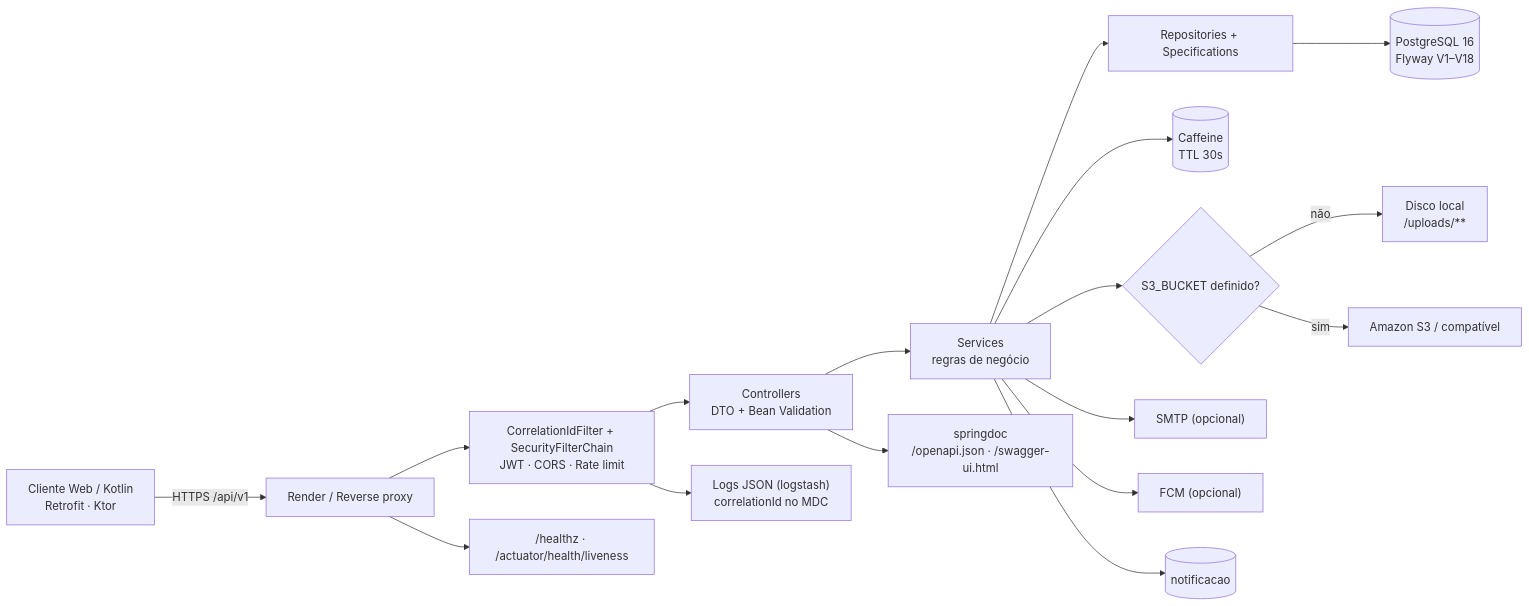
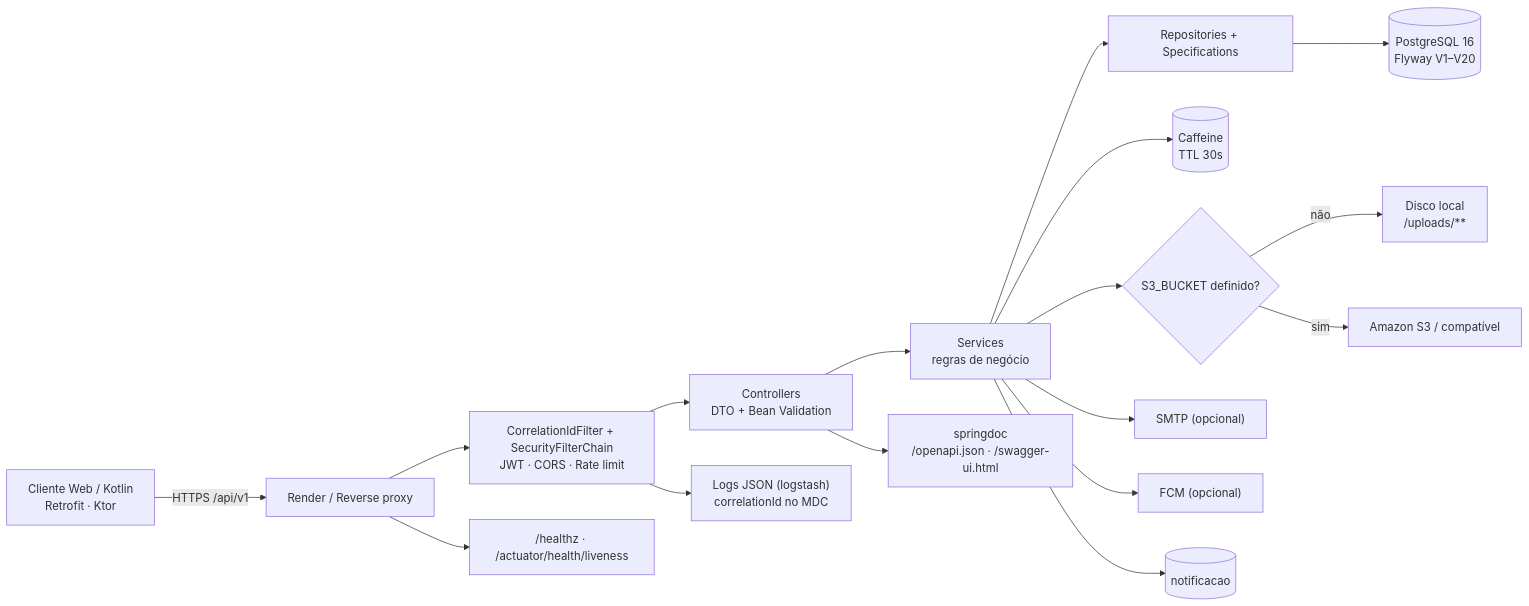
Before and after one commit to Iuri-Costa/desapego-universitario-be: the first of 3 diagrams in README.md, drawn with Mermaid. The commit also changed other lines of this file, not shown here.

````diff
--- a/README.md
+++ b/README.md
@@ -55,19 +55,19 @@
 ```mermaid
 flowchart LR
     Cliente["Cliente Web / Kotlin<br/>Retrofit · Ktor"] -->|HTTPS /api/v1| Borda["Render / Reverse proxy"]
     Borda --> Filtros["CorrelationIdFilter + SecurityFilterChain<br/>JWT · CORS · Rate limit"]
     Filtros --> Controller["Controllers<br/>DTO + Bean Validation"]
     Controller --> Service["Services<br/>regras de negócio"]
     Service --> Repository["Repositories + Specifications"]
-    Repository --> DB[("PostgreSQL 16<br/>Flyway V1–V18")]
+    Repository --> DB[("PostgreSQL 16<br/>Flyway V1–V20")]
     Service --> Cache[("Caffeine<br/>TTL 30s")]
     Service --> Storage{"S3_BUCKET definido?"}
     Storage -->|não| Local["Disco local<br/>/uploads/**"]
     Storage -->|sim| S3["Amazon S3 / compatível"]
     Service --> Mail["SMTP (opcional)"]
     Service --> FCM["FCM (opcional)"]
     Service --> Notif[("notificacao")]
     Borda --> Health["/healthz · /actuator/health/liveness"]
     Controller --> Docs["springdoc<br/>/openapi.json · /swagger-ui.html"]
     Filtros --> Logs["Logs JSON (logstash)<br/>correlationId no MDC"]
 ```
````
